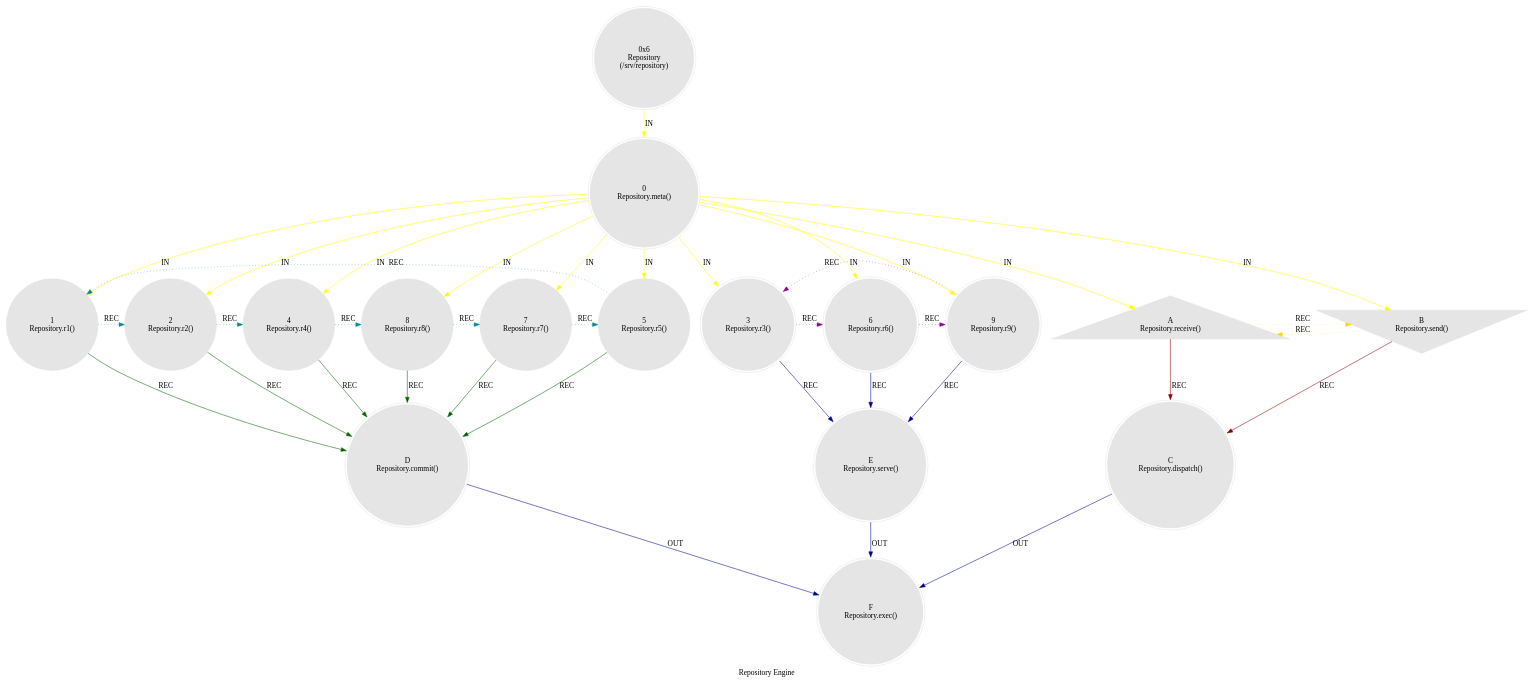
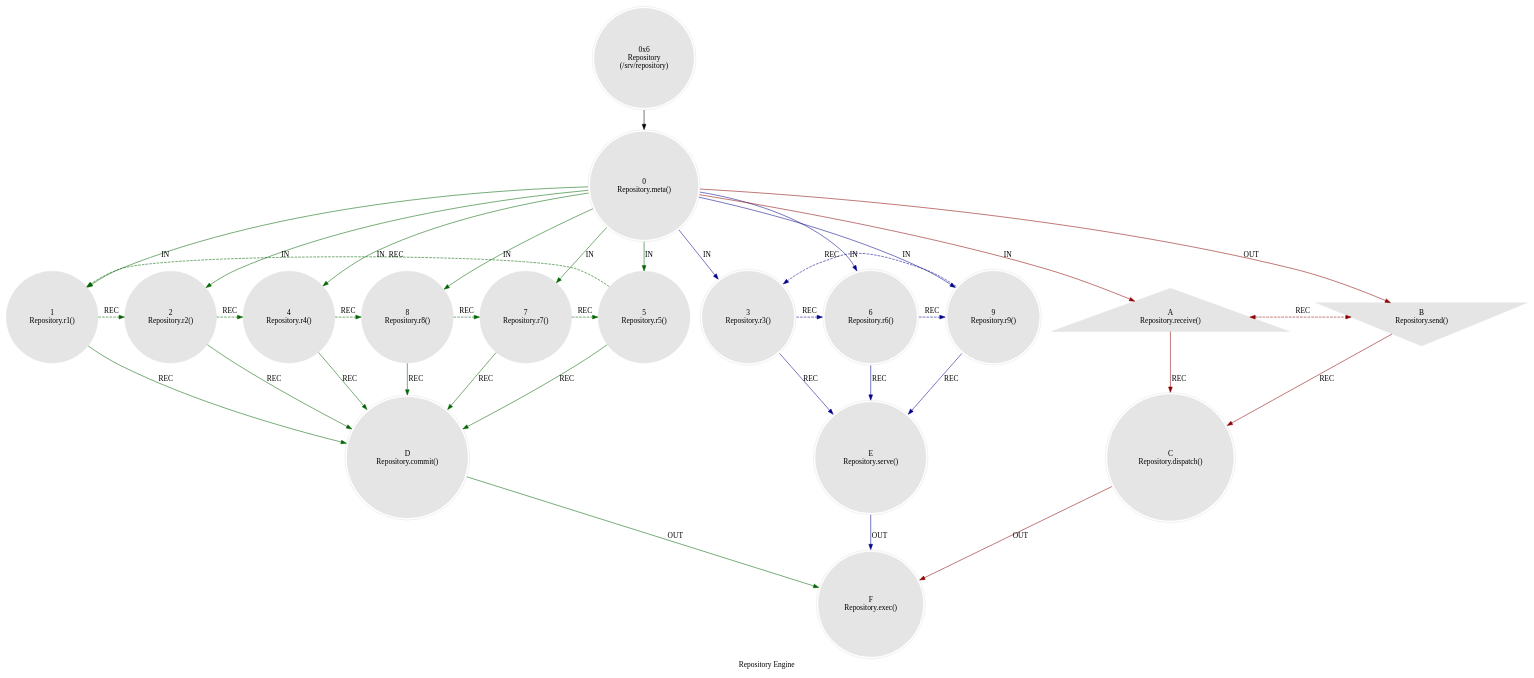
The diagram in src/core/mythos_sys_repository.dot (cilang/mythos), drawn with Graphviz before and after one commit. The commit also changed 28 other files, not shown here.

```diff
--- a/src/core/mythos_sys_repository.dot
+++ b/src/core/mythos_sys_repository.dot
@@ -1,45 +1,51 @@
-digraph G {
+digraph RepositoryEngine {
     label = "Repository Engine";
     style = filled;
     color = red;
     comment = "";
     node [shape = polygon; sides = 6; style = filled; color = grey90;];
-    
+
     spark_6_mythos_t [label = "0x6\nRepository\n(/srv/repository)";shape = doublecircle;];
-    
+
     // The Sacred 3-6-9 (Boundary of Perception).
     // "If you knew the magnificence of 3, 6, and 9, you would have a key to the universe." — Tesla.
     // The 1-2-4-8-7-5 Vortex (Boundary of Comprehension).
     // r0::meta();r1,r2,r4,r8,r7,r5;r3,r6,r;ra::receive(),rb::send(),rc::dispatch(),rd::commit(),re::serve(),rf::exec()
     spark_0_repository_t [label = "0\nRepository.meta()";shape = doublecircle;comment = "";];
     spark_1_repository_t [label = "1\nRepository.r1()";shape = circle;comment = "";];
     spark_2_repository_t [label = "2\nRepository.r2()";shape = circle;comment = "";];
     spark_4_repository_t [label = "4\nRepository.r4()";shape = circle;comment = "";];
     spark_8_repository_t [label = "8\nRepository.r8()";shape = circle;comment = "";];
     spark_7_repository_t [label = "7\nRepository.r7()";shape = circle;comment = "";];
     spark_5_repository_t [label = "5\nRepository.r5()";shape = circle;comment = "";];
     spark_3_repository_t [label = "3\nRepository.r3()";shape = doublecircle;comment = "";];
     spark_6_repository_t [label = "6\nRepository.r6()";shape = doublecircle;comment = "";];
     spark_9_repository_t [label = "9\nRepository.r9()";shape = doublecircle;comment = "";];
     spark_a_repository_t [label = "A\nRepository.receive()";shape = triangle;comment = "";];
     spark_b_repository_t [label = "B\nRepository.send()";shape = invtriangle;comment = "";];
     spark_c_repository_t [label = "C\nRepository.dispatch()";shape = doublecircle;];
     spark_d_repository_t [label = "D\nRepository.commit()";shape = doublecircle;];
     spark_e_repository_t [label = "E\nRepository.serve()";shape = doublecircle;];
     spark_f_repository_t [label = "F\nRepository.exec()";shape = doublecircle;];
-    
+
     // IN = Input
     // OUT = Output
     // REC = Recursion
-    spark_6_mythos_t -> spark_0_repository_t -> {spark_a_repository_t spark_b_repository_t spark_1_repository_t spark_2_repository_t spark_3_repository_t spark_4_repository_t spark_5_repository_t spark_6_repository_t spark_7_repository_t spark_8_repository_t spark_9_repository_t} [label = "IN"; color = yellow; comment = "";];
-    
+    spark_6_mythos_t -> spark_0_repository_t;
+    spark_0_repository_t -> spark_a_repository_t [label = "IN"; color = darkred; comment = "";];
+    spark_0_repository_t -> spark_b_repository_t [label = "OUT"; color = darkred; comment = "";];
+    spark_0_repository_t -> {spark_3_repository_t spark_6_repository_t spark_9_repository_t} [label = "IN"; color = darkblue; comment = "";];
+    spark_0_repository_t -> {spark_1_repository_t spark_2_repository_t spark_4_repository_t spark_5_repository_t spark_7_repository_t spark_8_repository_t} [label = "IN"; color = darkgreen; comment = "";];
+
     {spark_a_repository_t spark_b_repository_t} -> spark_c_repository_t [label = "REC"; color = darkred; comment = "";];
+    {spark_3_repository_t spark_6_repository_t spark_9_repository_t} -> spark_e_repository_t [label = "REC"; color = darkblue; comment = "";];
     {spark_1_repository_t spark_2_repository_t spark_4_repository_t spark_8_repository_t spark_7_repository_t spark_5_repository_t} -> spark_d_repository_t [label = "REC"; color = darkgreen; comment = "";];
-    {spark_3_repository_t spark_6_repository_t spark_9_repository_t} -> spark_e_repository_t [label = "REC"; color = darkblue; comment = "";];
-    
-    spark_1_repository_t -> spark_2_repository_t -> spark_4_repository_t -> spark_8_repository_t -> spark_7_repository_t -> spark_5_repository_t -> spark_1_repository_t [label = "REC"; color = darkcyan; comment = ""; style = dotted; constraint = false;];
-    spark_3_repository_t -> spark_6_repository_t -> spark_9_repository_t -> spark_3_repository_t [label = "REC"; color = darkmagenta; comment = ""; style = dotted; constraint = false;];
-    spark_a_repository_t -> spark_b_repository_t -> spark_a_repository_t [label = "REC"; color = gold; comment = ""; style = dotted; constraint = false;];
-    
-    {spark_c_repository_t spark_d_repository_t spark_e_repository_t} -> spark_f_repository_t [label = "OUT"; color = darkblue; comment = "";];
+
+    spark_a_repository_t -> spark_b_repository_t [label = "REC"; color = darkred; comment = ""; style = dashed; constraint = false; dir = both;];
+    spark_3_repository_t -> spark_6_repository_t -> spark_9_repository_t -> spark_3_repository_t [label = "REC"; color = darkblue; comment = ""; style = dashed; constraint = false;];
+    spark_1_repository_t -> spark_2_repository_t -> spark_4_repository_t -> spark_8_repository_t -> spark_7_repository_t -> spark_5_repository_t -> spark_1_repository_t [label = "REC"; color = darkgreen; comment = ""; style = dashed; constraint = false;];
+
+    spark_c_repository_t -> spark_f_repository_t [label = "OUT"; color = darkred; comment = "";];
+    spark_e_repository_t -> spark_f_repository_t [label = "OUT"; color = darkblue; comment = "";];
+    spark_d_repository_t -> spark_f_repository_t [label = "OUT"; color = darkgreen; comment = "";];
 }
```
